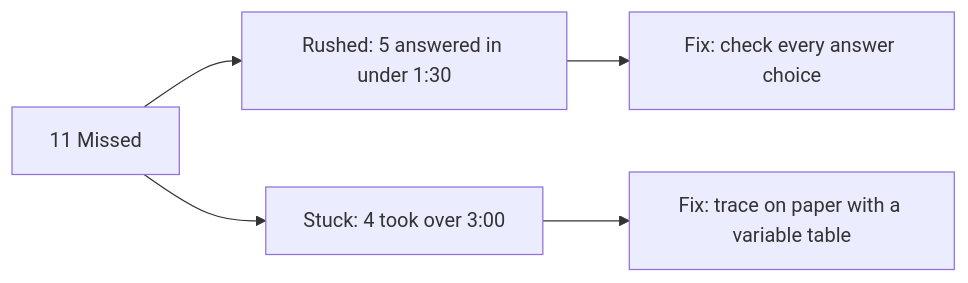
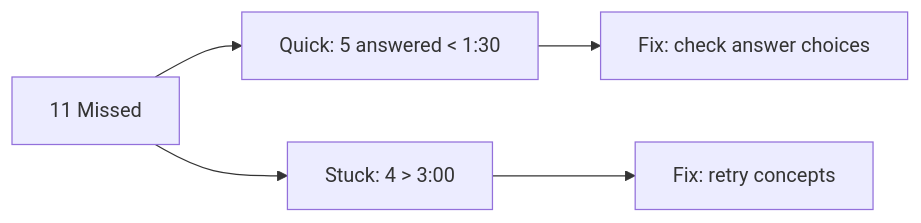
The third of 4 diagrams in _posts/2026-10-12-mcq-reflection-retrospective.md (Anika2317/portfolio), drawn with Mermaid before and after one commit. The commit also changed other lines of this file, not shown here.

Commit message:
refinings

````diff
--- a/_posts/2026-10-12-mcq-reflection-retrospective.md
+++ b/_posts/2026-10-12-mcq-reflection-retrospective.md
@@ -101,7 +101,7 @@
 ```mermaid
 flowchart LR
-    A[11 Missed] --> B[Rushed: 5 answered in under 1:30]
-    A --> C[Stuck: 4 took over 3:00]
-    B --> D[Fix: check every answer choice]
-    C --> E[Fix: trace on paper with a variable table]
+    A[11 Missed] --> B[Quick: 5 answered < 1:30]
+    A --> C[Stuck: 4 > 3:00]
+    B --> D[Fix: check answer choices]
+    C --> E[Fix: retry concepts]
 ```
````
